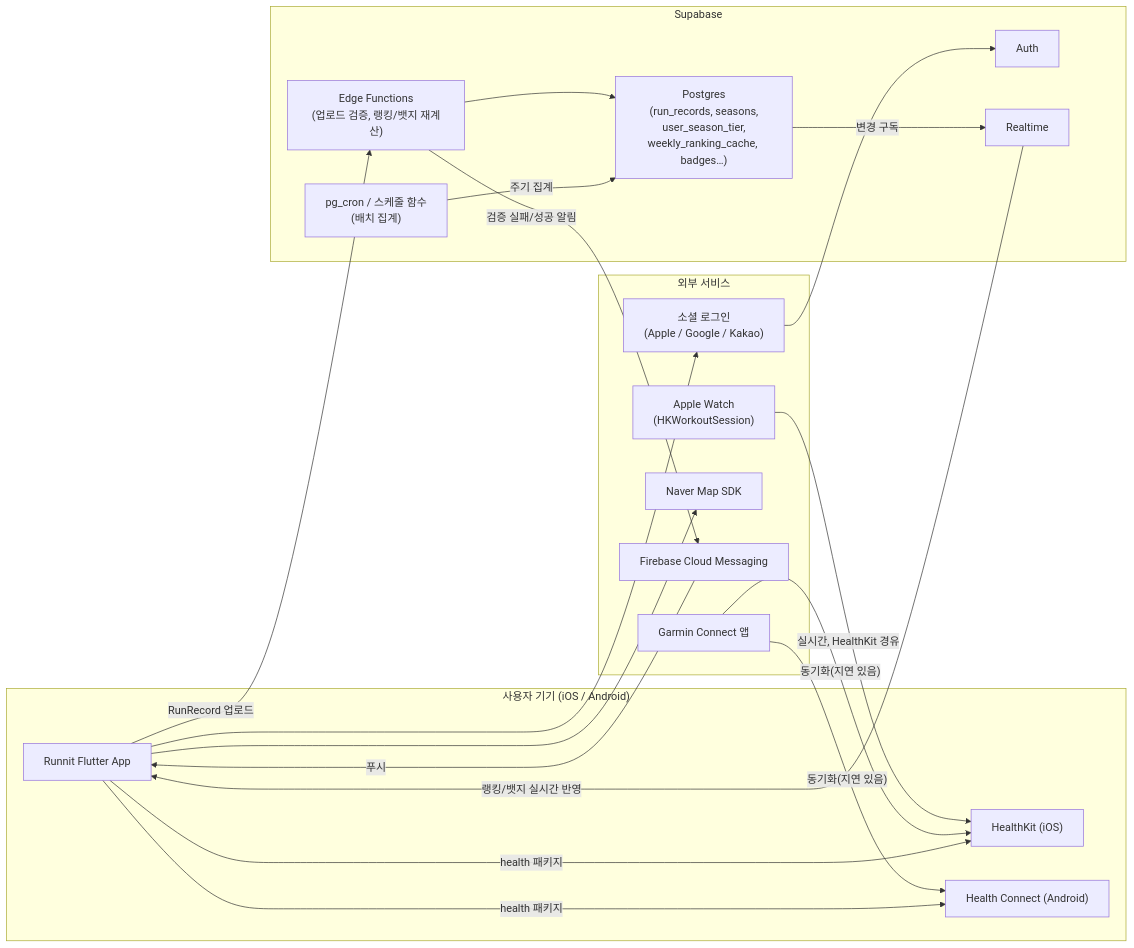
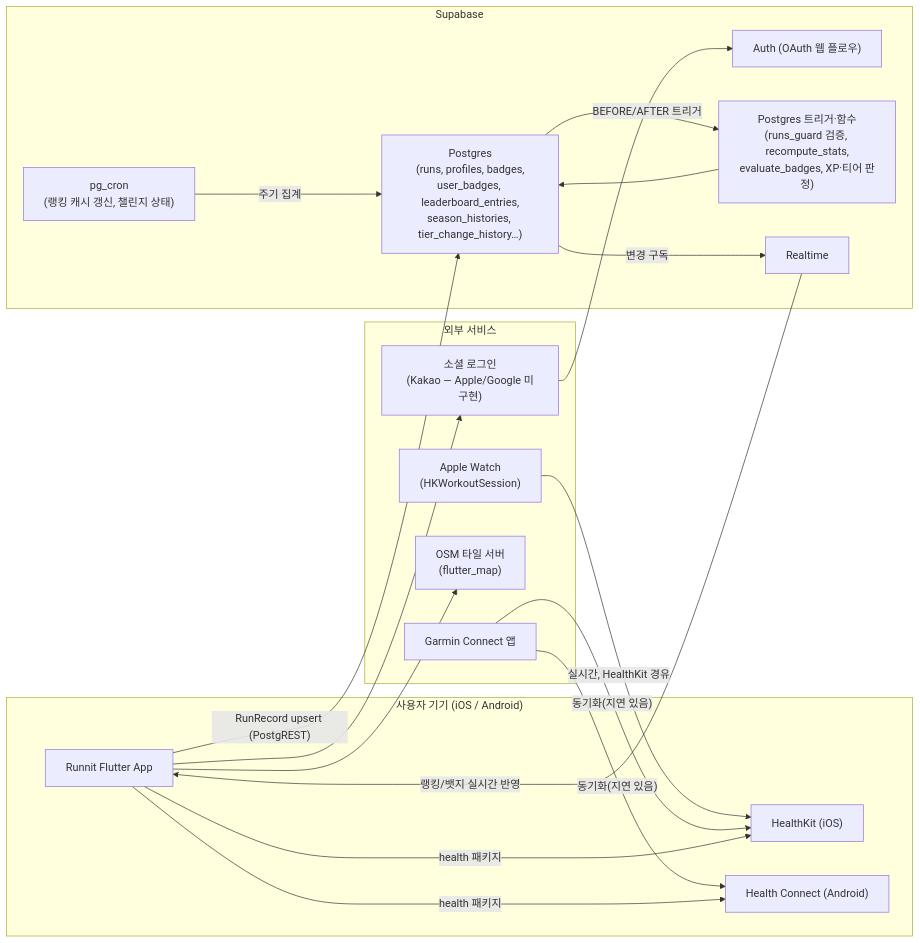
The first of 7 diagrams in docs/ARCHITECTURE.md (j-hyunn/Runnit), drawn with Mermaid before and after one commit. The commit also changed other lines of this file and 1 other file, not shown here.

First line of the commit message:
docs: ARCHITECTURE v0.3 / TRD v0.10 — 구현 반영 살아있는 문서로 갱신

````diff
--- a/docs/ARCHITECTURE.md
+++ b/docs/ARCHITECTURE.md
@@ -42,41 +43,39 @@
 ```mermaid
 flowchart LR
     subgraph Device["사용자 기기 (iOS / Android)"]
         App["Runnit Flutter App"]
         HK["HealthKit (iOS)"]
         HC["Health Connect (Android)"]
     end
 
     subgraph External["외부 서비스"]
         Watch["Apple Watch\n(HKWorkoutSession)"]
         GarminApp["Garmin Connect 앱"]
-        Naver["Naver Map SDK"]
-        FCM["Firebase Cloud Messaging"]
-        Social["소셜 로그인\n(Apple / Google / Kakao)"]
+        OSM["OSM 타일 서버\n(flutter_map)"]
+        Social["소셜 로그인\n(Kakao — Apple/Google 미구현)"]
     end
 
     subgraph Backend["Supabase"]
-        Auth["Auth"]
-        PG["Postgres\n(run_records, seasons,\nuser_season_tier,\nweekly_ranking_cache, badges…)"]
-        EF["Edge Functions\n(업로드 검증, 랭킹/뱃지 재계산)"]
+        Auth["Auth (OAuth 웹 플로우)"]
+        PG["Postgres\n(runs, profiles, badges,\nuser_badges, leaderboard_entries,\nseason_histories, tier_change_history…)"]
+        TRG["Postgres 트리거·함수\n(runs_guard 검증, recompute_stats,\nevaluate_badges, XP·티어 판정)"]
         RT["Realtime"]
-        Cron["pg_cron / 스케줄 함수\n(배치 집계)"]
+        Cron["pg_cron\n(랭킹 캐시 갱신, 챌린지 상태)"]
     end
 
     Watch -->|"실시간, HealthKit 경유"| HK
     GarminApp -->|"동기화(지연 있음)"| HK
     GarminApp -->|"동기화(지연 있음)"| HC
     App -->|"health 패키지"| HK
     App -->|"health 패키지"| HC
-    App --> Naver
+    App --> OSM
     App --> Social
     Social --> Auth
 
-    App -->|"RunRecord 업로드"| EF
-    EF --> PG
-    EF -->|"검증 실패/성공 알림"| FCM
+    App -->|"RunRecord upsert (PostgREST)"| PG
+    PG -->|"BEFORE/AFTER 트리거"| TRG
+    TRG --> PG
     Cron -->|"주기 집계"| PG
     PG -->|"변경 구독"| RT
     RT -->|"랭킹/뱃지 실시간 반영"| App
-    FCM -->|"푸시"| App
 ```
````
